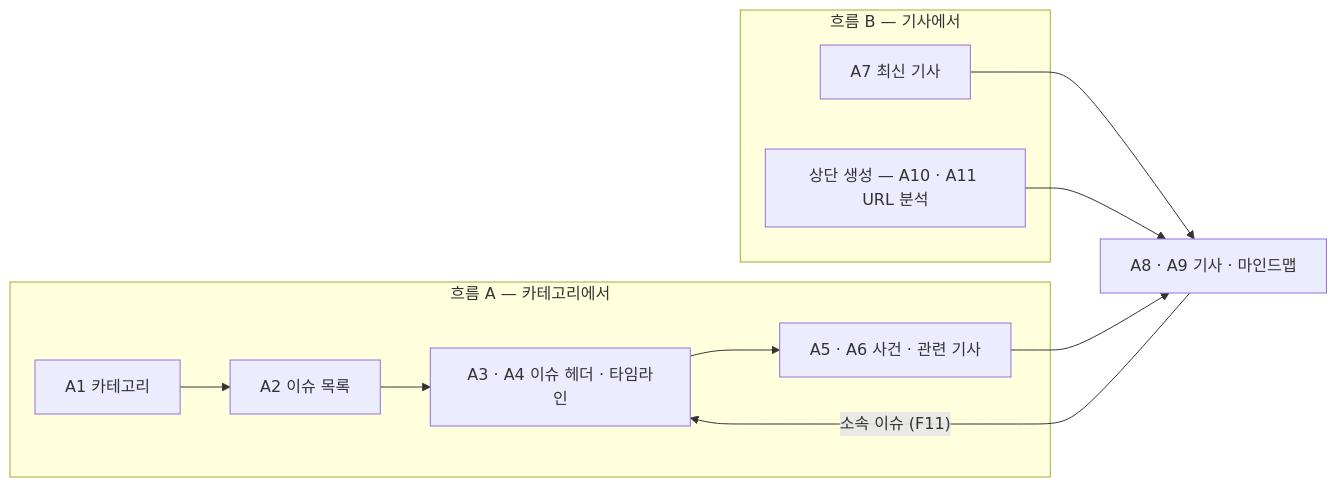
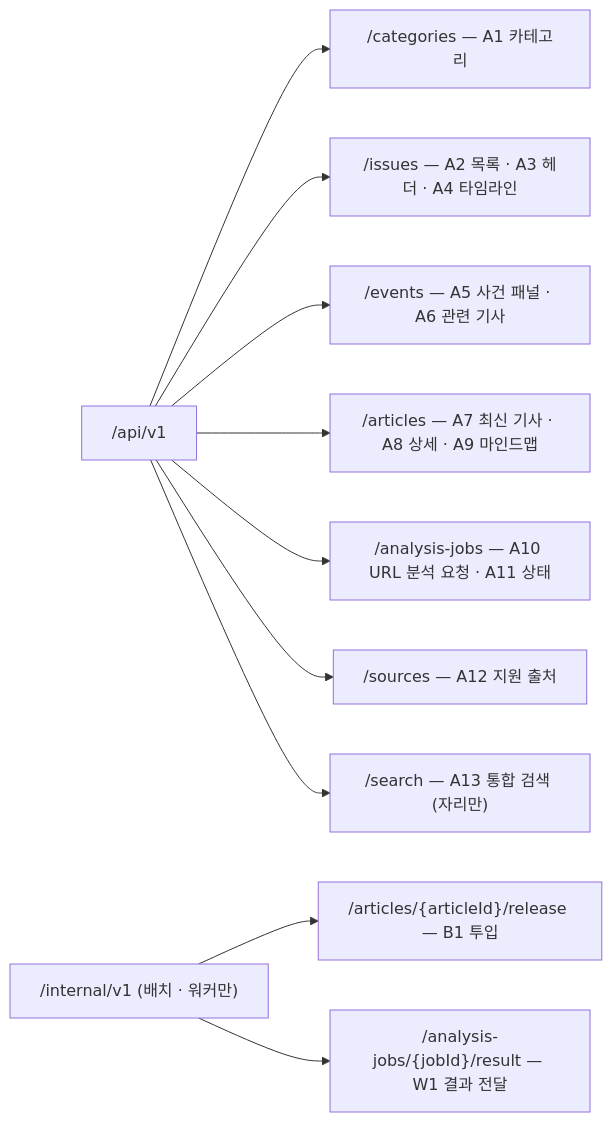
One commit to a102-NEWLEARN/NEW-LEARN changed the third of 5 diagrams in docs/api.md. Above: the diagram before and after it, drawn with Mermaid. The commit also changed other lines of this file and 7 other files, not shown here.

````diff
--- a/docs/api.md
+++ b/docs/api.md
@@ -86,14 +141,12 @@
 ```mermaid
 flowchart LR
-  subgraph FA["흐름 A — 카테고리에서"]
-    A1["A1 카테고리"] --> A2["A2 이슈 목록"] --> A4["A3 · A4 이슈 헤더 · 타임라인"] --> A5["A5 · A6 사건 · 관련 기사"]
-  end
-  subgraph FB["흐름 B — 기사에서"]
-    A7["A7 최신 기사"]
-    B1["상단 생성 — A10 · A11 URL 분석"]
-  end
-  A5 --> M["A8 · A9 기사 · 마인드맵"]
-  A7 --> M
-  B1 --> M
-  M -- "소속 이슈 (F11)" --> A4
+  R["/api/v1"] --> C["/categories — A1 카테고리"]
+  R --> I["/issues — A2 목록 · A3 헤더 · A4 타임라인"]
+  R --> E["/events — A5 사건 패널 · A6 관련 기사"]
+  R --> AR["/articles — A7 최신 기사 · A8 상세 · A9 마인드맵"]
+  R --> J["/analysis-jobs — A10 URL 분석 요청 · A11 상태"]
+  R --> S["/sources — A12 지원 출처"]
+  R --> Q["/search — A13 통합 검색 (자리만)"]
+  R2["/internal/v1 (배치 · 워커만)"] --> B1["/articles/{articleId}/release — B1 투입"]
+  R2 --> W1["/analysis-jobs/{jobId}/result — W1 결과 전달"]
 ```
````
